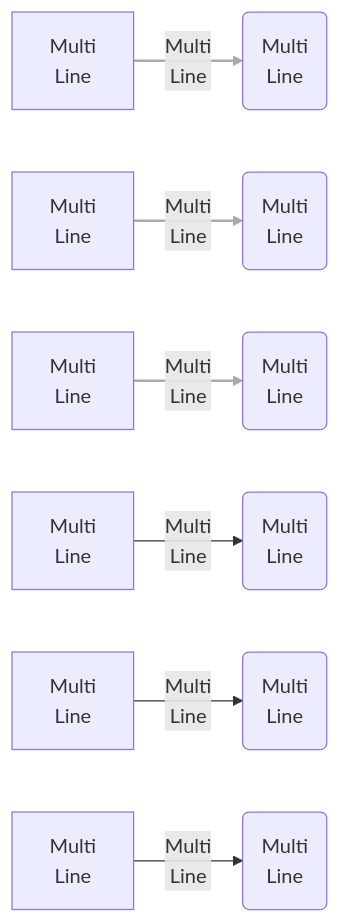
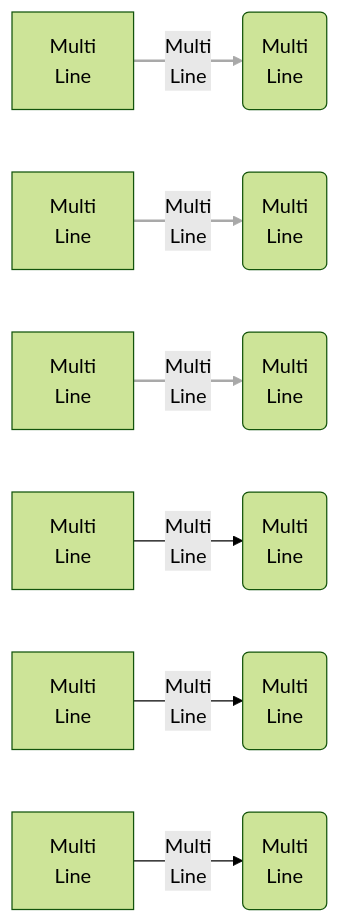
The diagram in corpus/flowchart/mermaid/demo-flowchart_056.mmd (kinyoklion/carcimaid), drawn with Mermaid before and after one commit. The commit also changed 59 other files, not shown here.

First line of the commit message:
Add mermaid theme support (base/forest/dark/neutral) + theme the demos

```diff
--- a/corpus/flowchart/mermaid/demo-flowchart_056.mmd
+++ b/corpus/flowchart/mermaid/demo-flowchart_056.mmd
@@ -1,10 +1,14 @@
+---
+config:
+  theme: forest
+---
 graph LR
 A1[Multi<br>Line] -->|Multi<br>Line| B1(Multi<br>Line)
 C1[Multi<br />Line] -->|Multi<br />Line| D1(Multi<br />Line)
 E1[Multi<br />Line] -->|Multi<br />Line| F1(Multi<br />Line)
 A2[Multi<br>Line] -->|Multi<br>Line| B2(Multi<br>Line)
 C2[Multi<br />Line] -->|Multi<br />Line| D2(Multi<br />Line)
 E2[Multi<br />Line] -->|Multi<br />Line| F2(Multi<br />Line)
 linkStyle 0 stroke:DarkGray,stroke-width:2px
 linkStyle 1 stroke:DarkGray,stroke-width:2px
 linkStyle 2 stroke:DarkGray,stroke-width:2px
```
